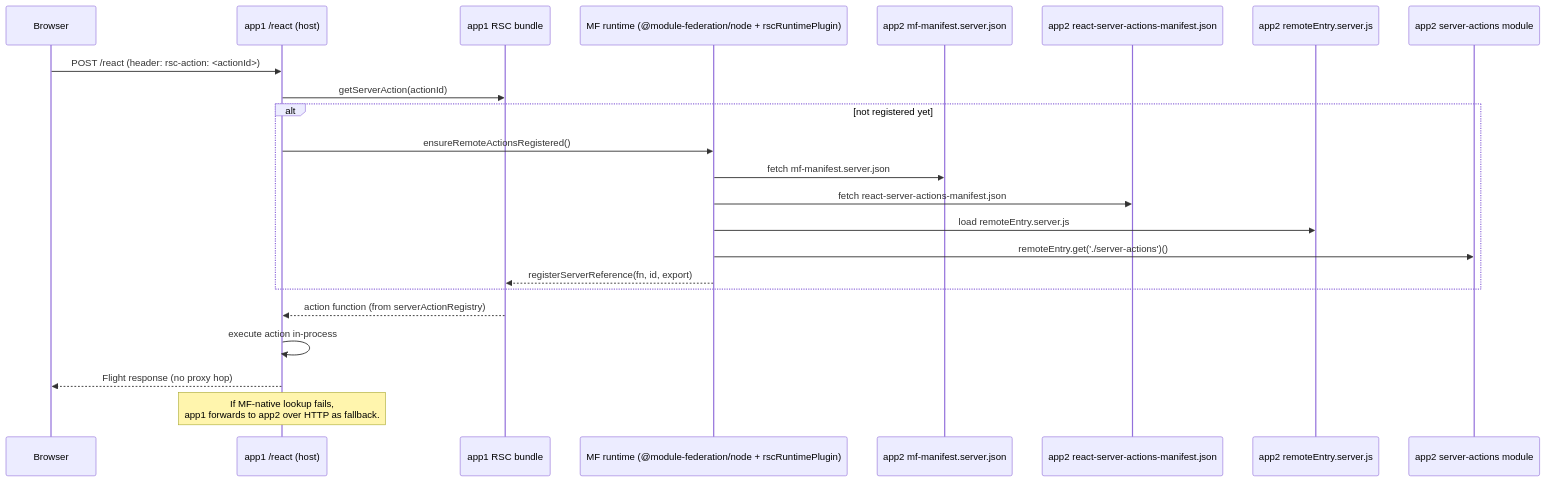
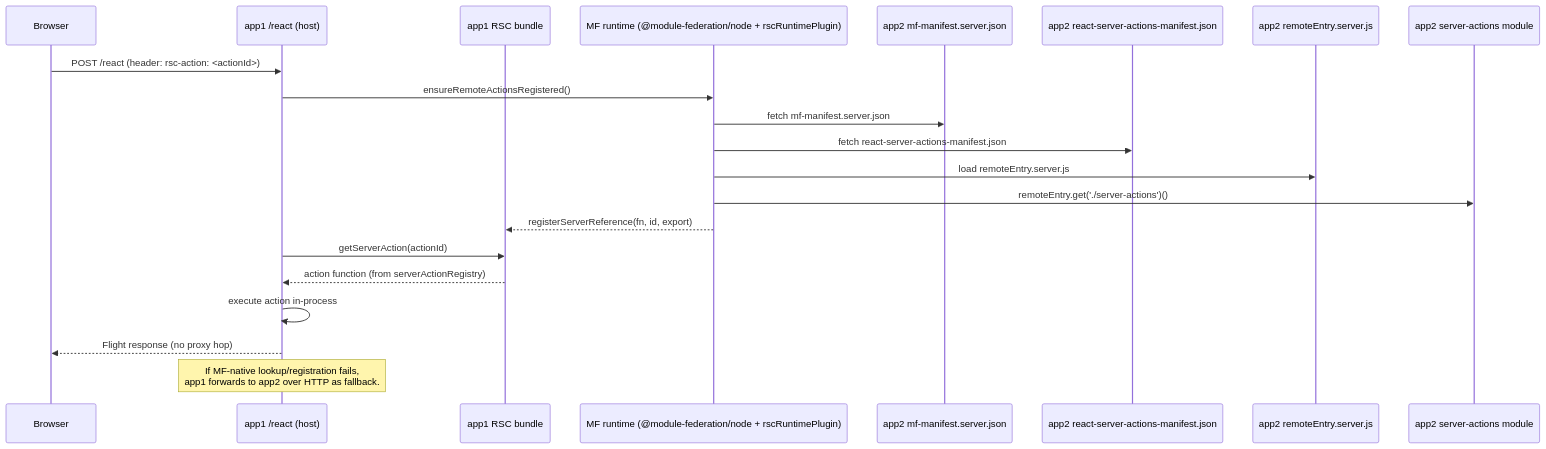
One commit to module-federation/core changed the third of 4 diagrams in RSC_MF_ARCHITECTURE.md. Above: the diagram before and after it, drawn with Mermaid. The commit also changed other lines of this file and 4 other files, not shown here.

````diff
--- a/RSC_MF_ARCHITECTURE.md
+++ b/RSC_MF_ARCHITECTURE.md
@@ -208,27 +119,25 @@
 ```mermaid
 sequenceDiagram
   participant B as Browser
   participant H as app1 /react (host)
   participant R as app1 RSC bundle
   participant MF as MF runtime (@module-federation/node + rscRuntimePlugin)
   participant M2 as app2 mf-manifest.server.json
   participant SA as app2 react-server-actions-manifest.json
   participant C2 as app2 remoteEntry.server.js
   participant A2 as app2 server-actions module
 
   B->>H: POST /react (header: rsc-action: <actionId>)
+  H->>MF: ensureRemoteActionsRegistered()
+  MF->>M2: fetch mf-manifest.server.json
+  MF->>SA: fetch react-server-actions-manifest.json
+  MF->>C2: load remoteEntry.server.js
+  MF->>A2: remoteEntry.get('./server-actions')()
+  MF-->>R: registerServerReference(fn, id, export)
   H->>R: getServerAction(actionId)
-  alt not registered yet
-    H->>MF: ensureRemoteActionsRegistered()
-    MF->>M2: fetch mf-manifest.server.json
-    MF->>SA: fetch react-server-actions-manifest.json
-    MF->>C2: load remoteEntry.server.js
-    MF->>A2: remoteEntry.get('./server-actions')()
-    MF-->>R: registerServerReference(fn, id, export)
-  end
   R-->>H: action function (from serverActionRegistry)
   H->>H: execute action in-process
   H-->>B: Flight response (no proxy hop)
 
-  note over H: If MF-native lookup fails,<br/>app1 forwards to app2 over HTTP as fallback.
+  note over H: If MF-native lookup/registration fails,<br/>app1 forwards to app2 over HTTP as fallback.
 ```
````
